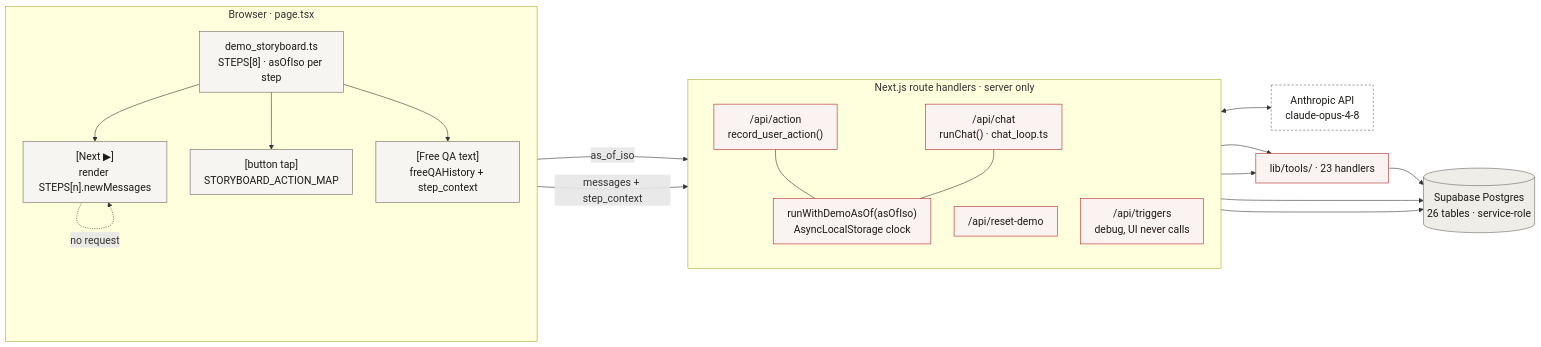
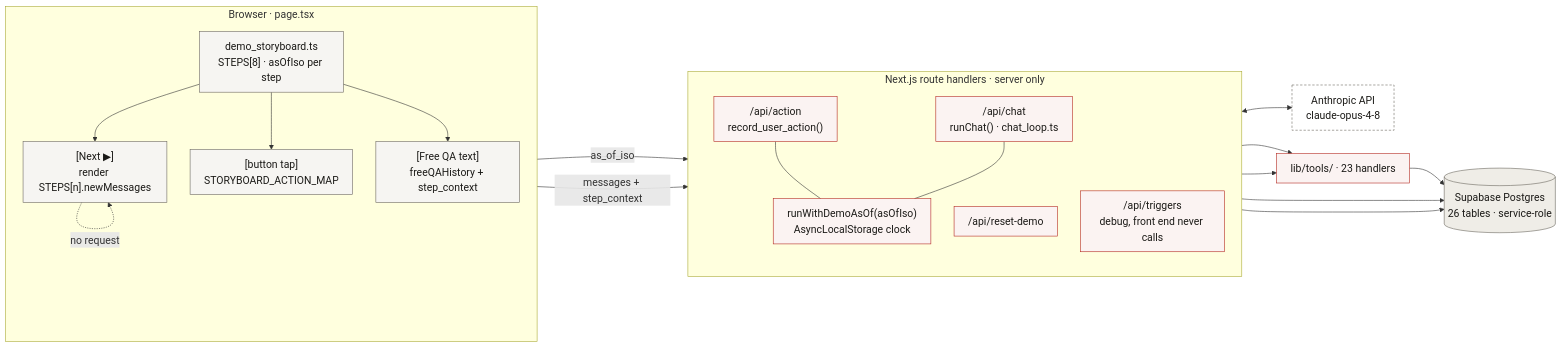
Before and after one commit to ipark399/hanisa-ai: the first of 4 diagrams in docs/01-code-map-and-integration-seams.md, drawn with Mermaid. The commit also changed other lines of this file and 2 other files, not shown here.

````diff
--- a/docs/01-code-map-and-integration-seams.md
+++ b/docs/01-code-map-and-integration-seams.md
@@ -399,43 +399,43 @@
 ```mermaid
 %%{init: {"themeVariables": {"fontSize": "18px"}, "flowchart": {"nodeSpacing": 40, "rankSpacing": 60, "padding": 12}}}%%
 flowchart LR
   classDef client fill:#F6F5F2,stroke:#6B675F,color:#1B1A17
   classDef server fill:#FBF3F2,stroke:#B3261E,color:#1B1A17
   classDef store  fill:#EFEDE7,stroke:#6B675F,color:#1B1A17
   classDef ext    fill:#FFFFFF,stroke:#6B675F,color:#1B1A17,stroke-dasharray:4 3
 
   subgraph B["Browser · page.tsx"]
     direction TB
     SB["demo_storyboard.ts<br/>STEPS[8] · asOfIso per step"]:::client
     N["[Next ▶]<br/>render STEPS[n].newMessages"]:::client
     BT["[button tap]<br/>STORYBOARD_ACTION_MAP"]:::client
     FQ["[Free QA text]<br/>freeQAHistory + step_context"]:::client
     SB --> N
     SB --> BT
     SB --> FQ
   end
 
   subgraph S["Next.js route handlers · server only"]
     direction TB
     A["/api/action<br/>record_user_action()"]:::server
     C["/api/chat<br/>runChat() · chat_loop.ts"]:::server
     R["/api/reset-demo"]:::server
-    T["/api/triggers<br/>debug, UI never calls"]:::server
+    T["/api/triggers<br/>debug, front end never calls"]:::server
     CLK["runWithDemoAsOf(asOfIso)<br/>AsyncLocalStorage clock"]:::server
     A --- CLK
     C --- CLK
   end
 
   DB[("Supabase Postgres<br/>26 tables · service-role")]:::store
   LLM["Anthropic API<br/>claude-opus-4-8"]:::ext
   TOOLS["lib/tools/ · 23 handlers"]:::server
 
   N -. "no request" .-> N
   BT -- "as_of_iso" --> A
   FQ -- "messages + step_context" --> C
   A --> DB
   C --> TOOLS --> DB
   C <--> LLM
   R --> DB
   T --> TOOLS
 ```
````
